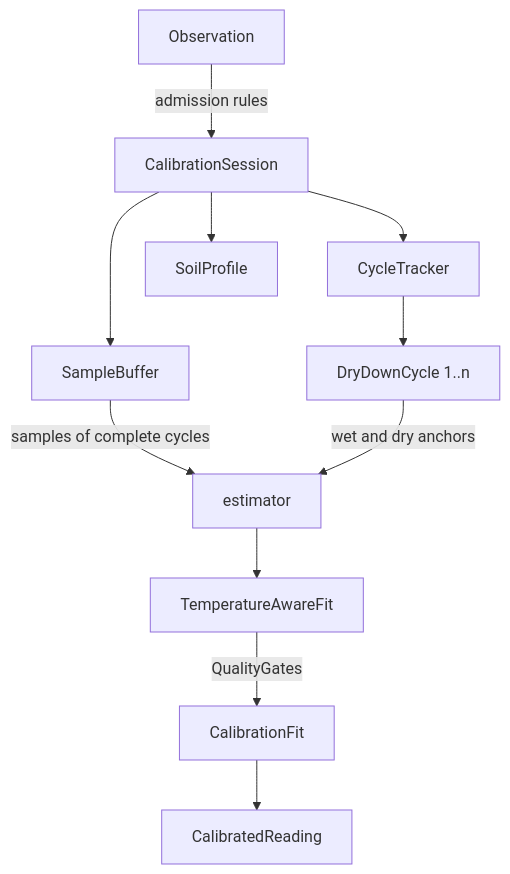
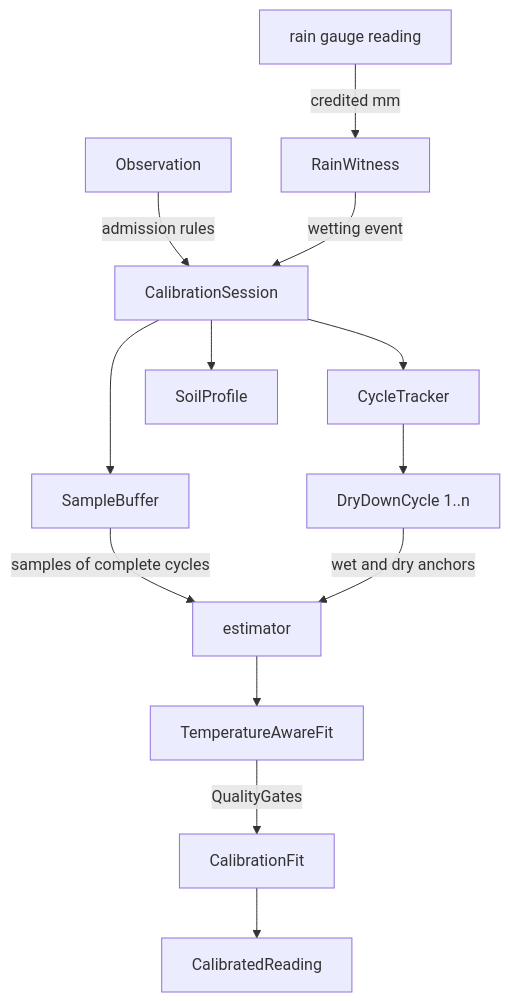
Before and after one commit to never-dry/NeverDryCalibrator: the diagram in docs/design/domain-model.md, drawn with Mermaid. The commit also changed other lines of this file and 25 other files, not shown here.

````diff
--- a/docs/design/domain-model.md
+++ b/docs/design/domain-model.md
@@ -93,13 +96,15 @@
 ```mermaid
 graph TD
   OBS[Observation] -->|admission rules| SES[CalibrationSession]
+  RAIN[rain gauge reading] -->|credited mm| WIT[RainWitness]
+  WIT -->|wetting event| SES
   SES --> BUF[SampleBuffer]
   SES --> TRK[CycleTracker]
   TRK --> CYC[DryDownCycle 1..n]
   SES --> SOIL[SoilProfile]
   BUF -->|samples of complete cycles| EST[estimator]
   CYC -->|wet and dry anchors| EST
   EST --> CAND[TemperatureAwareFit]
   CAND -->|QualityGates| FIT[CalibrationFit]
   FIT --> READ[CalibratedReading]
 ```
````
